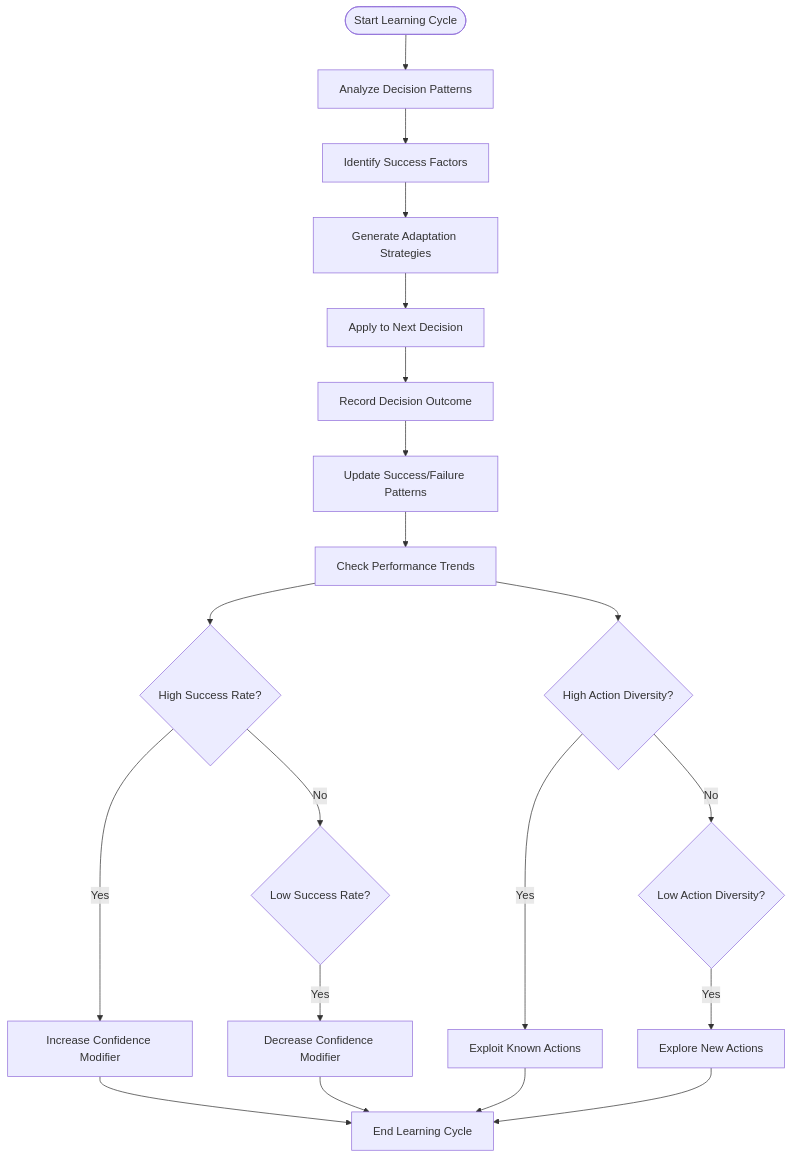
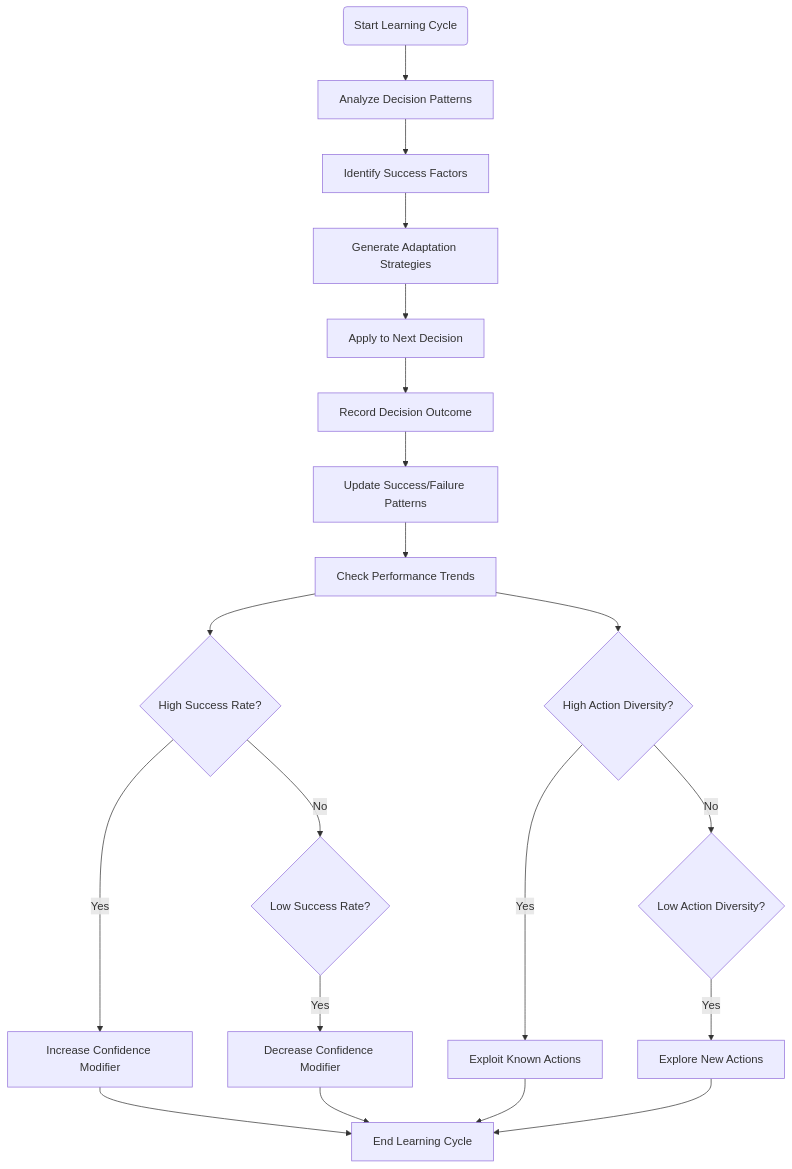
Before and after one commit to Likhithsai2580/RAVANA-WIKI: the fifth of 5 diagrams in docs/Core System/AGISystem Orchestration.md, drawn with Mermaid. The commit also changed other lines of this file and 31 other files, not shown here.

First line of the commit message:
Fix(docs): Correct Mermaid diagram syntax

````diff
--- a/docs/Core System/AGISystem Orchestration.md
+++ b/docs/Core System/AGISystem Orchestration.md
@@ -431,22 +431,22 @@
 ```mermaid
 flowchart TD
-Start([Start Learning Cycle]) --> AnalyzePatterns["Analyze Decision Patterns"]
+Start("Start Learning Cycle") --> AnalyzePatterns["Analyze Decision Patterns"]
 AnalyzePatterns --> IdentifyFactors["Identify Success Factors"]
 IdentifyFactors --> GenerateStrategies["Generate Adaptation Strategies"]
 GenerateStrategies --> ApplyToDecision["Apply to Next Decision"]
 ApplyToDecision --> RecordOutcome["Record Decision Outcome"]
 RecordOutcome --> UpdatePatterns["Update Success/Failure Patterns"]
 UpdatePatterns --> CheckPerformance["Check Performance Trends"]
 CheckPerformance --> HighPerformance{High Success Rate?}
 HighPerformance --> |Yes| IncreaseConfidence["Increase Confidence Modifier"]
 HighPerformance --> |No| LowPerformance{Low Success Rate?}
 LowPerformance --> |Yes| DecreaseConfidence["Decrease Confidence Modifier"]
 CheckPerformance --> HighDiversity{High Action Diversity?}
 HighDiversity --> |Yes| ExploitKnown["Exploit Known Actions"]
 HighDiversity --> |No| LowDiversity{Low Action Diversity?}
 LowDiversity --> |Yes| ExploreNew["Explore New Actions"]
 IncreaseConfidence --> EndCycle["End Learning Cycle"]
 DecreaseConfidence --> EndCycle
 ExploitKnown --> EndCycle
 ExploreNew --> EndCycle
 ```
````
